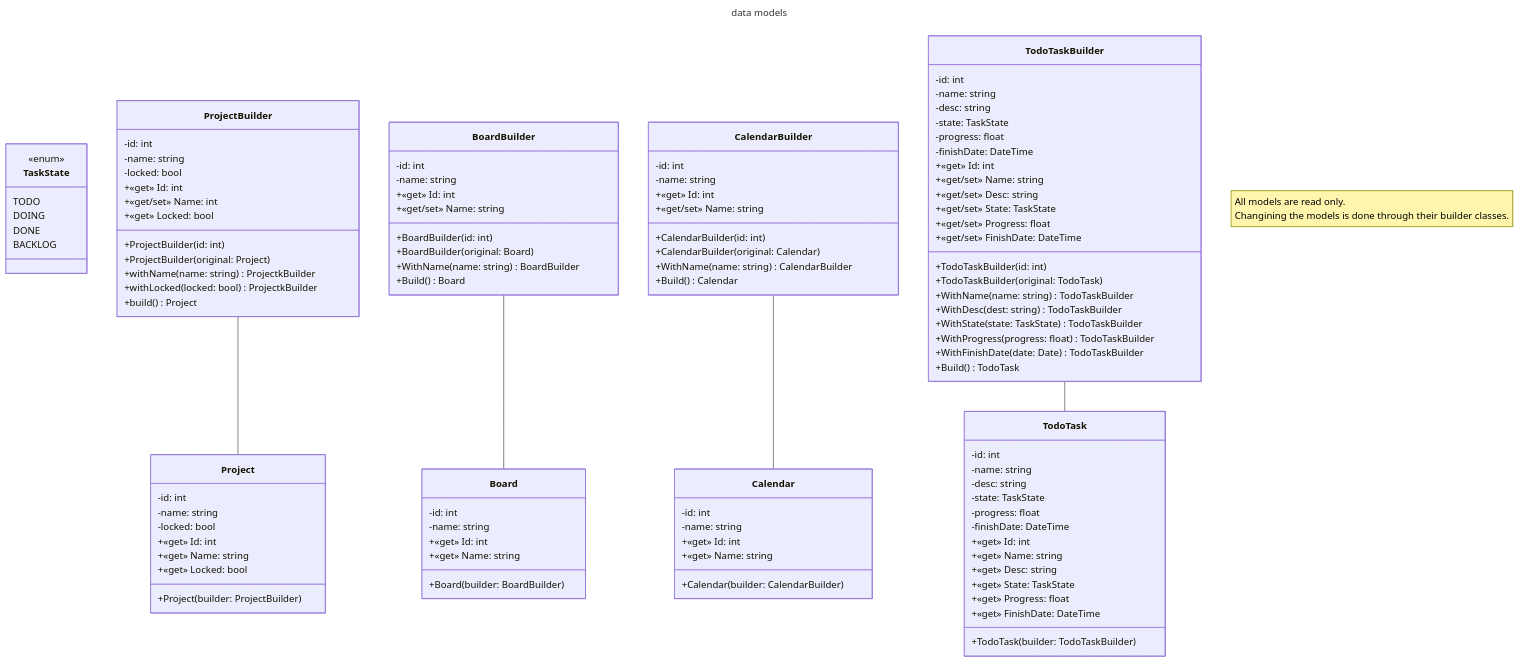
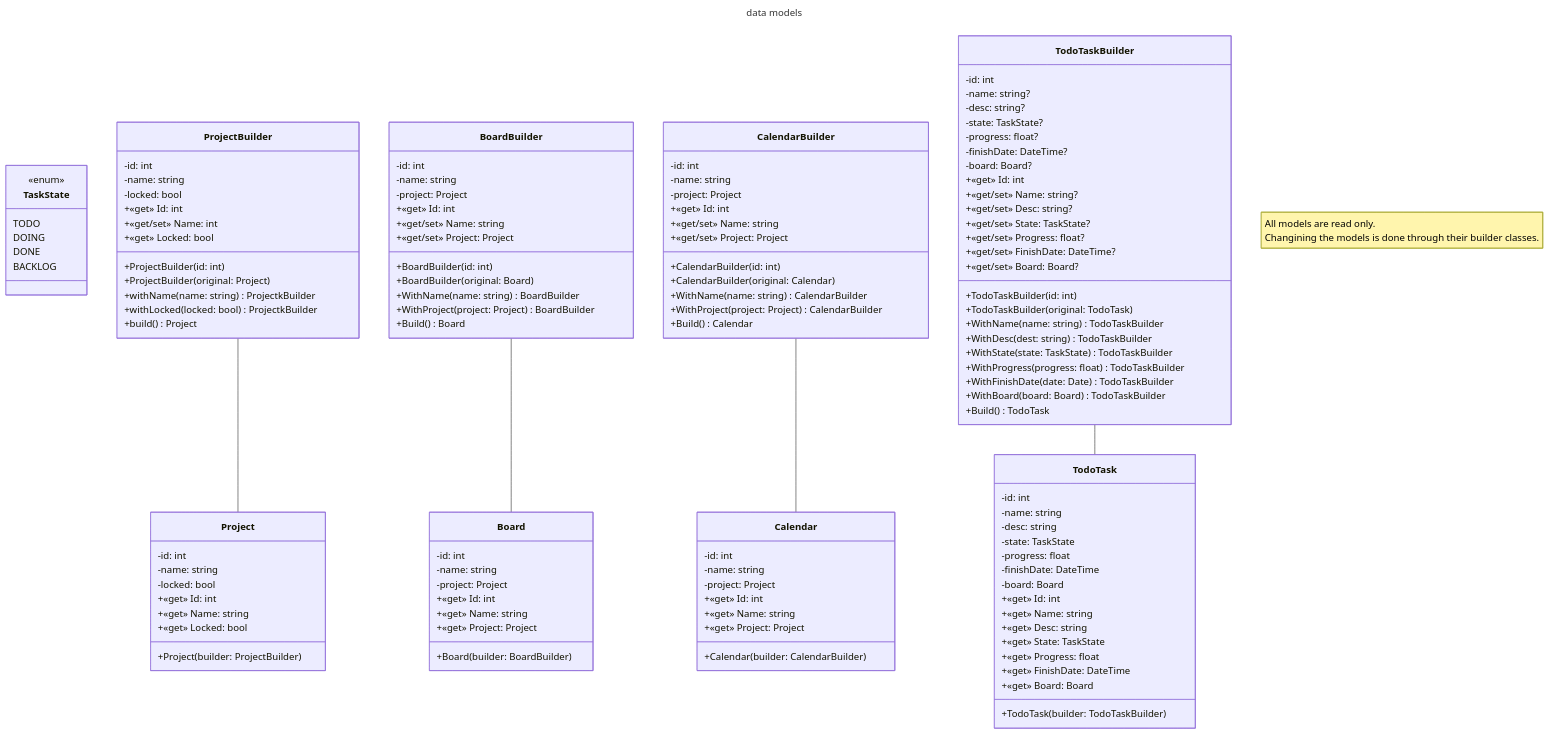
The diagram in docs/uml/Domain/Model.md (tadeas223/todo_list), drawn with Mermaid before and after one commit. The commit also changed 7 other files, not shown here.

```diff
--- a/docs/uml/Domain/Model.md
+++ b/docs/uml/Domain/Model.md
@@ -47,9 +47,11 @@
     class Board {
         -id: int
         -name: string
+        -project: Project
 
         +«get» Id: int
         +«get» Name: string
+        +«get» Project: Project
 
         +Board(builder: BoardBuilder)
     } 
@@ -57,9 +59,11 @@
     class Calendar {
         -id: int
         -name: string
+        -project: Project
 
         +«get» Id: int
         +«get» Name: string
+        +«get» Project: Project
 
         +Calendar(builder: CalendarBuilder)
     }
@@ -71,6 +75,7 @@
         -state: TaskState
         -progress: float
         -finishDate: DateTime
+        -board: Board
 
         +«get» Id: int 
         +«get» Name: string
@@ -78,6 +83,7 @@
         +«get» State: TaskState
         +«get» Progress: float
         +«get» FinishDate: DateTime
+        +«get» Board: Board 
 
         +TodoTask(builder: TodoTaskBuilder)
     }
@@ -101,43 +107,51 @@
     class BoardBuilder {
         -id: int
         -name: string
+        -project: Project
 
         +«get» Id: int
         +«get/set» Name: string
+        +«get/set» Project: Project
 
         +BoardBuilder(id: int)
         +BoardBuilder(original: Board)
         +WithName(name: string) BoardBuilder
+        +WithProject(project: Project) BoardBuilder
         +Build() Board
     }
 
     class CalendarBuilder {
         -id: int
         -name: string
+        -project: Project
 
         +«get» Id: int
         +«get/set» Name: string
+        +«get/set» Project: Project
 
         +CalendarBuilder(id: int)
         +CalendarBuilder(original: Calendar)
         +WithName(name: string) CalendarBuilder
+        +WithProject(project: Project) CalendarBuilder
         +Build() Calendar
     }
 
     class TodoTaskBuilder {
         -id: int
-        -name: string
-        -desc: string
-        -state: TaskState
-        -progress: float
-        -finishDate: DateTime
+        -name: string?
+        -desc: string?
+        -state: TaskState?
+        -progress: float?
+        -finishDate: DateTime?
+        -board: Board?
         
         +«get» Id: int 
-        +«get/set» Name: string
-        +«get/set» Desc: string
-        +«get/set» State: TaskState
-        +«get/set» Progress: float
-        +«get/set» FinishDate: DateTime
+        +«get/set» Name: string?
+        +«get/set» Desc: string?
+        +«get/set» State: TaskState?
+        +«get/set» Progress: float?
+        +«get/set» FinishDate: DateTime?
+        +«get/set» Board: Board?
 
         +TodoTaskBuilder(id: int)
         +TodoTaskBuilder(original: TodoTask)
@@ -146,6 +160,7 @@
         +WithState(state: TaskState) TodoTaskBuilder
         +WithProgress(progress: float) TodoTaskBuilder
         +WithFinishDate(date: Date) TodoTaskBuilder
+        +WithBoard(board: Board) TodoTaskBuilder
         +Build() TodoTask 
     }
 
```
